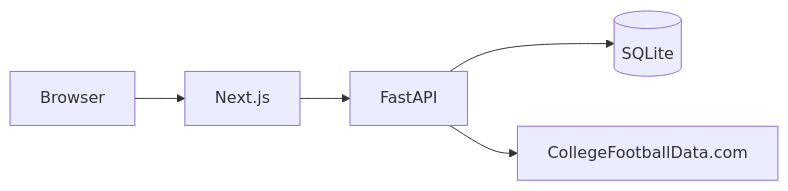
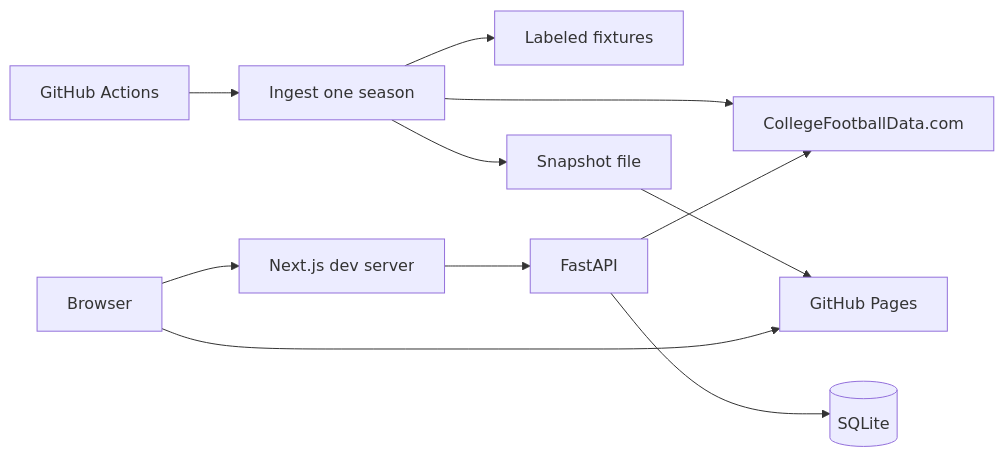
One commit to therealnedu/college-football-intelligence changed the diagram in README.md. Above: the diagram before and after it, drawn with Mermaid. The commit also changed other lines of this file and 44 other files, not shown here.

First line of the commit message:
Add a one-season ingest and a GitHub Pages snapshot.

````diff
--- a/README.md
+++ b/README.md
@@ -13,7 +47,13 @@
 ```mermaid
 flowchart LR
-  browser[Browser] --> web[Next.js]
+  actions[GitHub Actions] --> ingest[Ingest one season]
+  ingest --> cfbd[CollegeFootballData.com]
+  ingest --> fixtures[Labeled fixtures]
+  ingest --> snapshot[Snapshot file]
+  snapshot --> pages[GitHub Pages]
+  browser[Browser] --> pages
+  browser --> web[Next.js dev server]
   web --> api[FastAPI]
   api --> db[(SQLite)]
-  api --> cfbd[CollegeFootballData.com]
+  api --> cfbd
 ```
````
